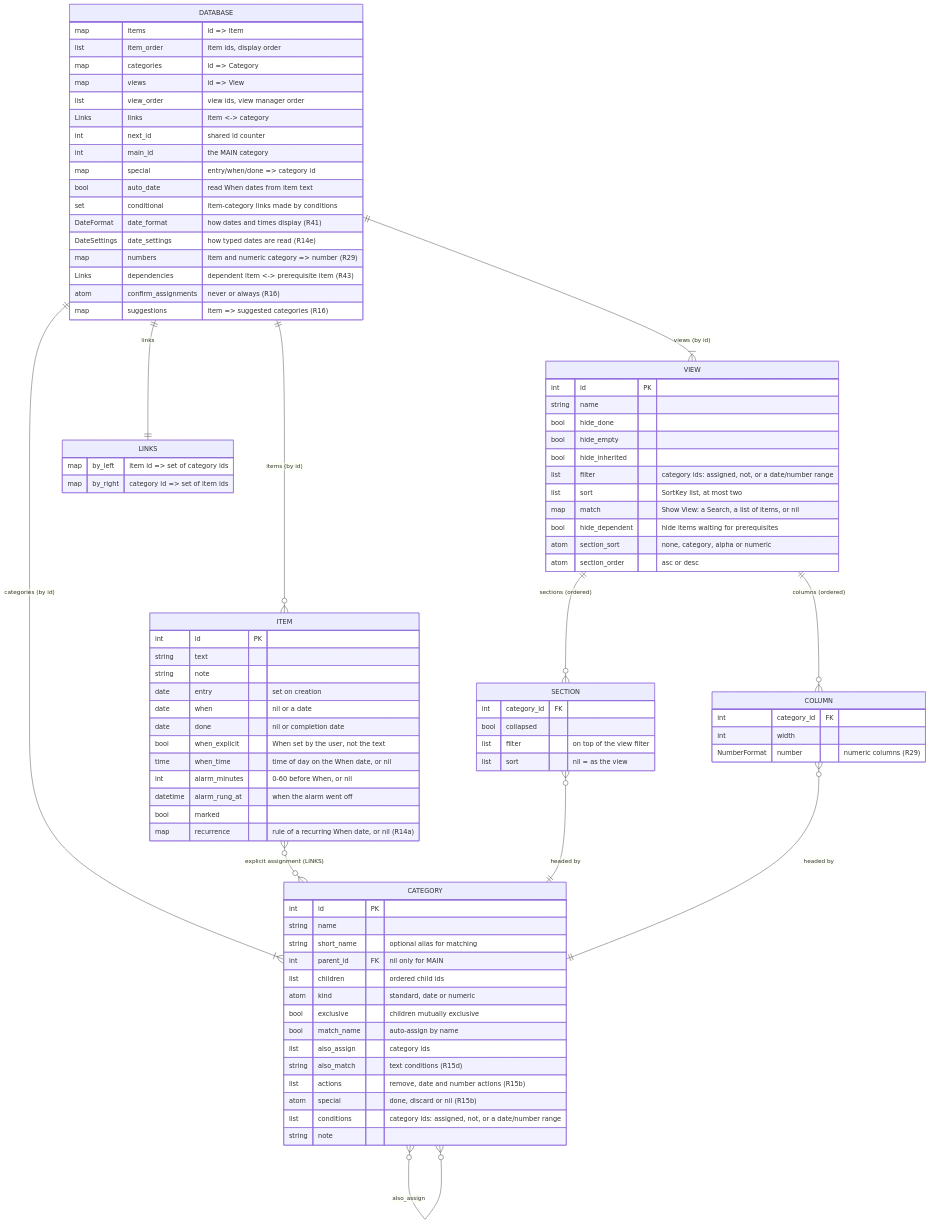
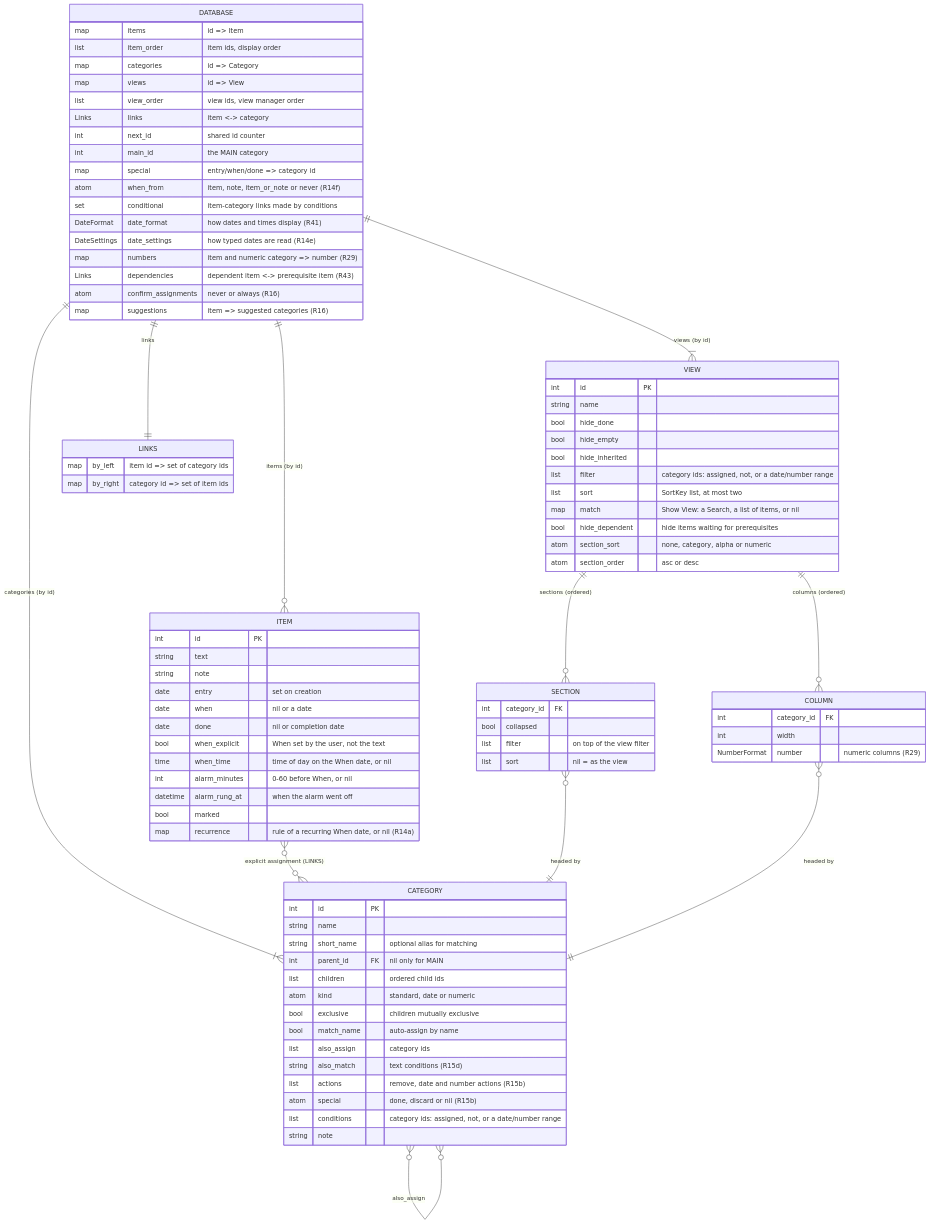
Before and after one commit to jamting/agendum: the first of 6 diagrams in docs/DATA_MODEL.md, drawn with Mermaid. The commit also changed other lines of this file and 20 other files, not shown here.

First line of the commit message:
Read $ dates once in ranges; read When dates from notes

```diff
--- a/docs/DATA_MODEL.md
+++ b/docs/DATA_MODEL.md
@@ -33,7 +33,7 @@
         int next_id "shared id counter"
         int main_id "the MAIN category"
         map special "entry/when/done => category id"
-        bool auto_date "read When dates from item text"
+        atom when_from "item, note, item_or_note or never (R14f)"
         set conditional "item-category links made by conditions"
         DateFormat date_format "how dates and times display (R41)"
         DateSettings date_settings "how typed dates are read (R14e)"
```
